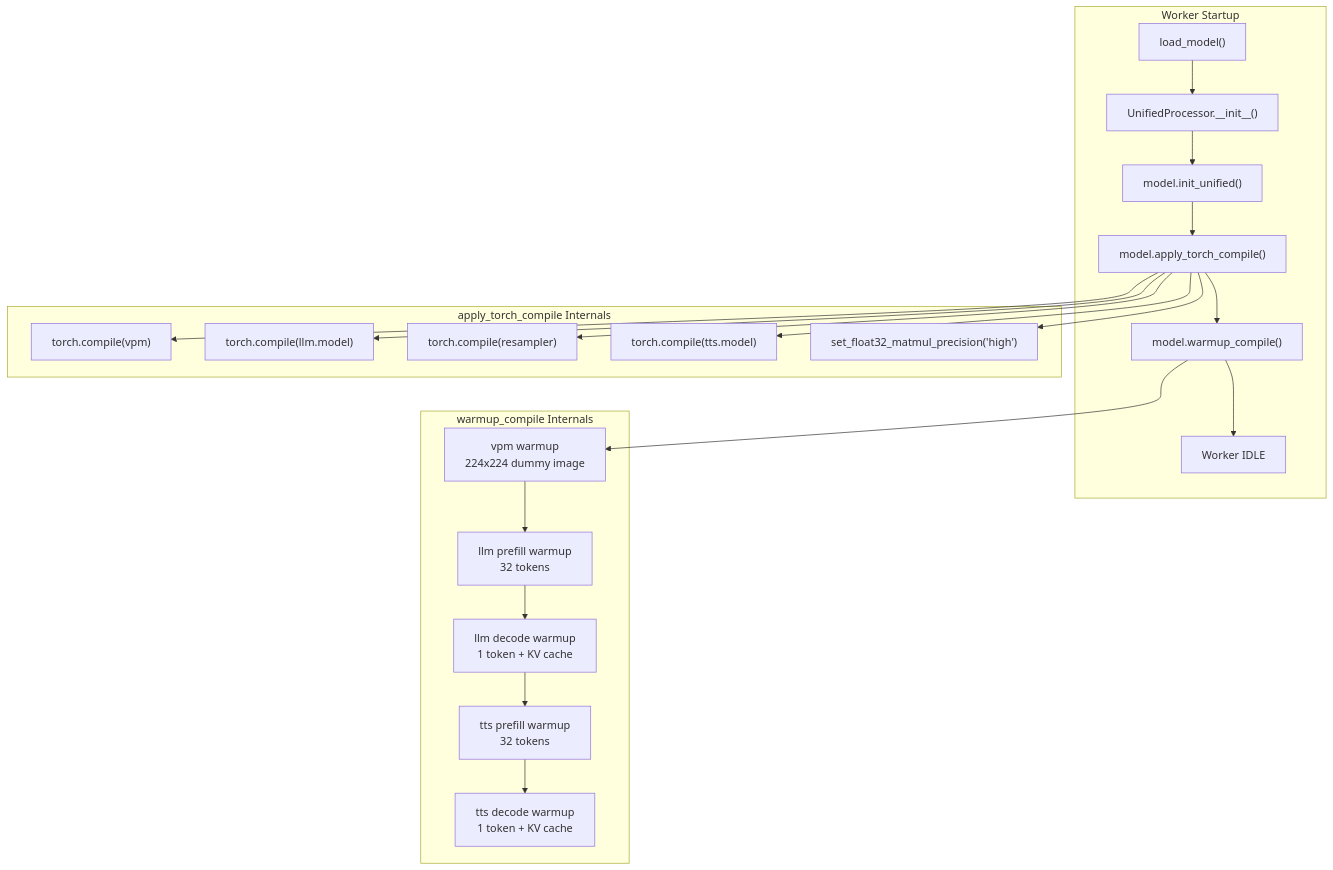
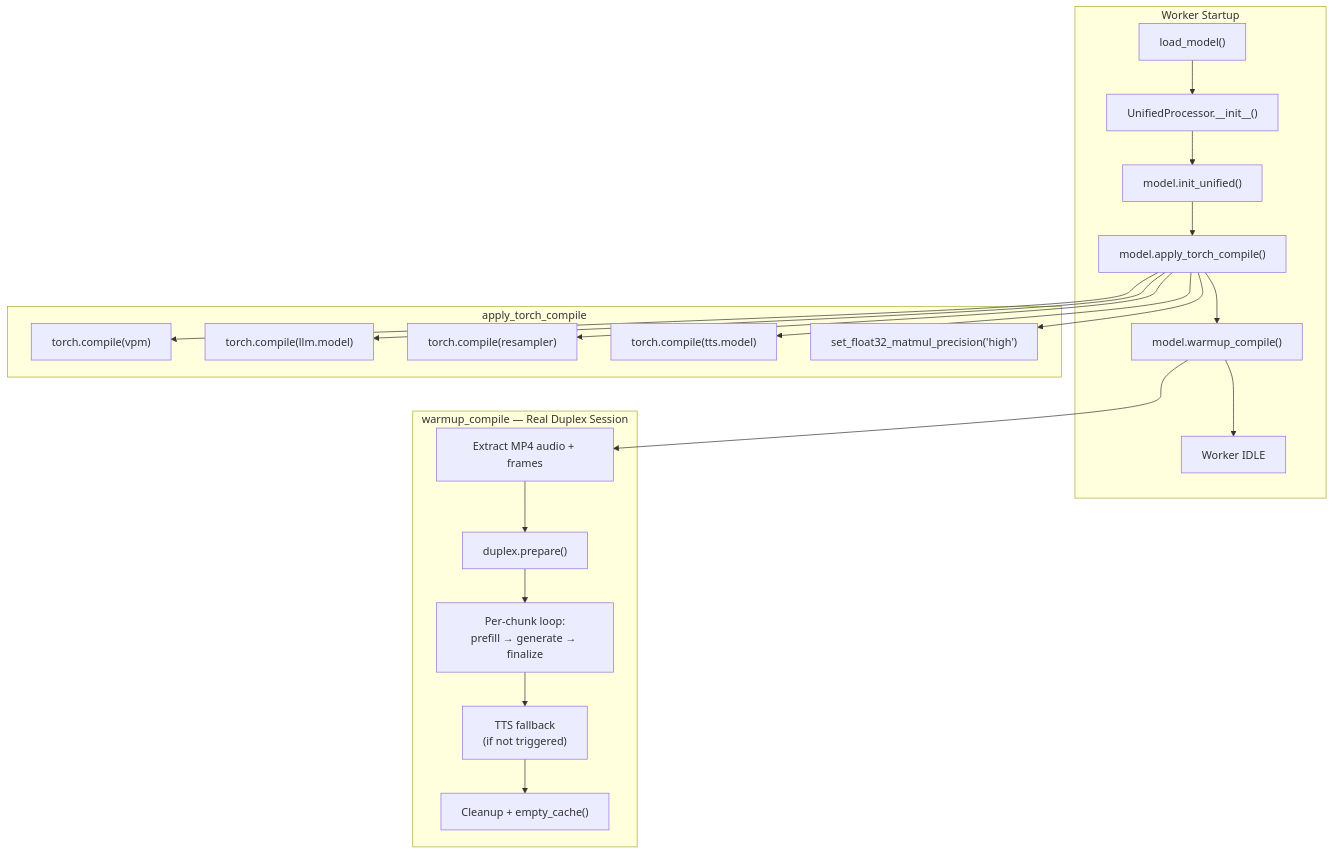
The diagram in docs/en/compile.md (OpenBMB/minicpm-o-4_5-pytorch-simple-demo), drawn with Mermaid before and after one commit. The commit also changed other lines of this file and 4 other files, not shown here.

````diff
--- a/docs/en/compile.md
+++ b/docs/en/compile.md
@@ -36,37 +41,37 @@
 ```mermaid
 flowchart TB
     subgraph workerStart [Worker Startup]
         Load["load_model()"]
         UP["UnifiedProcessor.__init__()"]
         InitUnified["model.init_unified()"]
         Apply["model.apply_torch_compile()"]
         Warmup["model.warmup_compile()"]
         Ready["Worker IDLE"]
     end
 
     Load --> UP --> InitUnified --> Apply --> Warmup --> Ready
 
-    subgraph applyDetail [apply_torch_compile Internals]
+    subgraph applyDetail [apply_torch_compile]
         VPM["torch.compile(vpm)"]
         LLM["torch.compile(llm.model)"]
         RES["torch.compile(resampler)"]
         TTS["torch.compile(tts.model)"]
         TF32["set_float32_matmul_precision('high')"]
     end
 
     Apply --> VPM
     Apply --> LLM
     Apply --> RES
     Apply --> TTS
     Apply --> TF32
 
-    subgraph warmupDetail [warmup_compile Internals]
-        WV["vpm warmup\n224x224 dummy image"]
-        WL1["llm prefill warmup\n32 tokens"]
-        WL2["llm decode warmup\n1 token + KV cache"]
-        WT1["tts prefill warmup\n32 tokens"]
-        WT2["tts decode warmup\n1 token + KV cache"]
+    subgraph warmupDetail [warmup_compile — Real Duplex Session]
+        Extract["Extract MP4 audio + frames"]
+        Prepare["duplex.prepare()"]
+        Loop["Per-chunk loop:\nprefill → generate → finalize"]
+        TTSfb["TTS fallback\n(if not triggered)"]
+        Clean["Cleanup + empty_cache()"]
     end
 
-    Warmup --> WV --> WL1 --> WL2 --> WT1 --> WT2
+    Warmup --> Extract --> Prepare --> Loop --> TTSfb --> Clean
 ```
````
